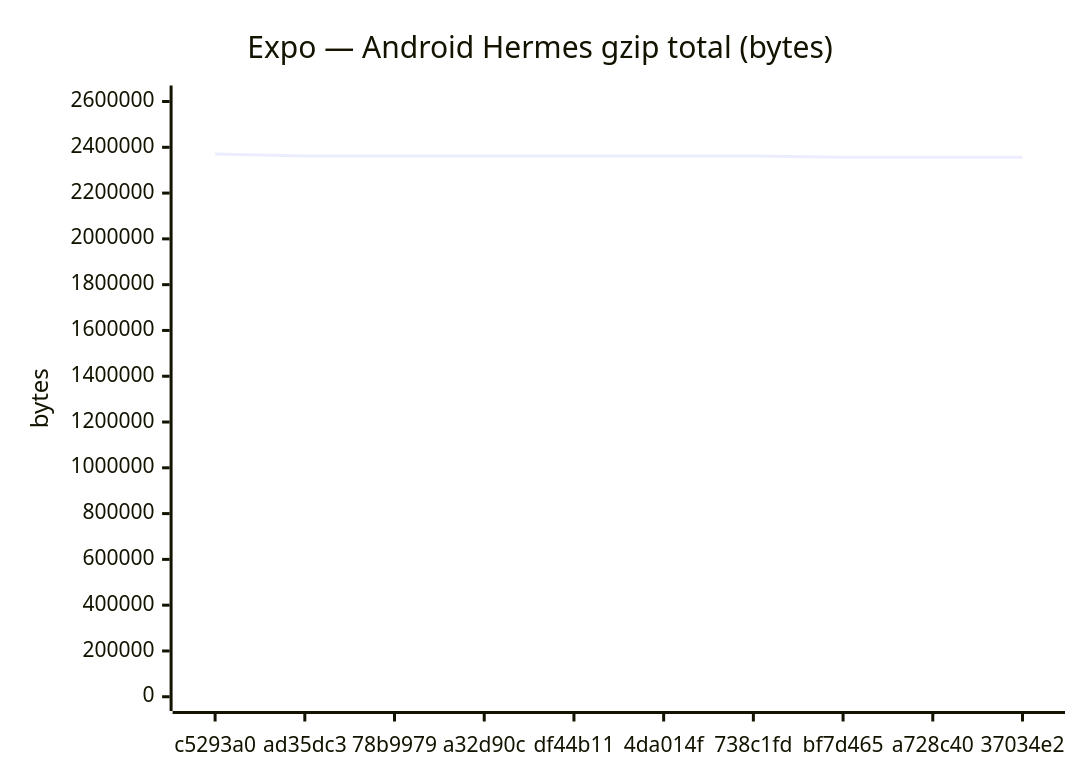
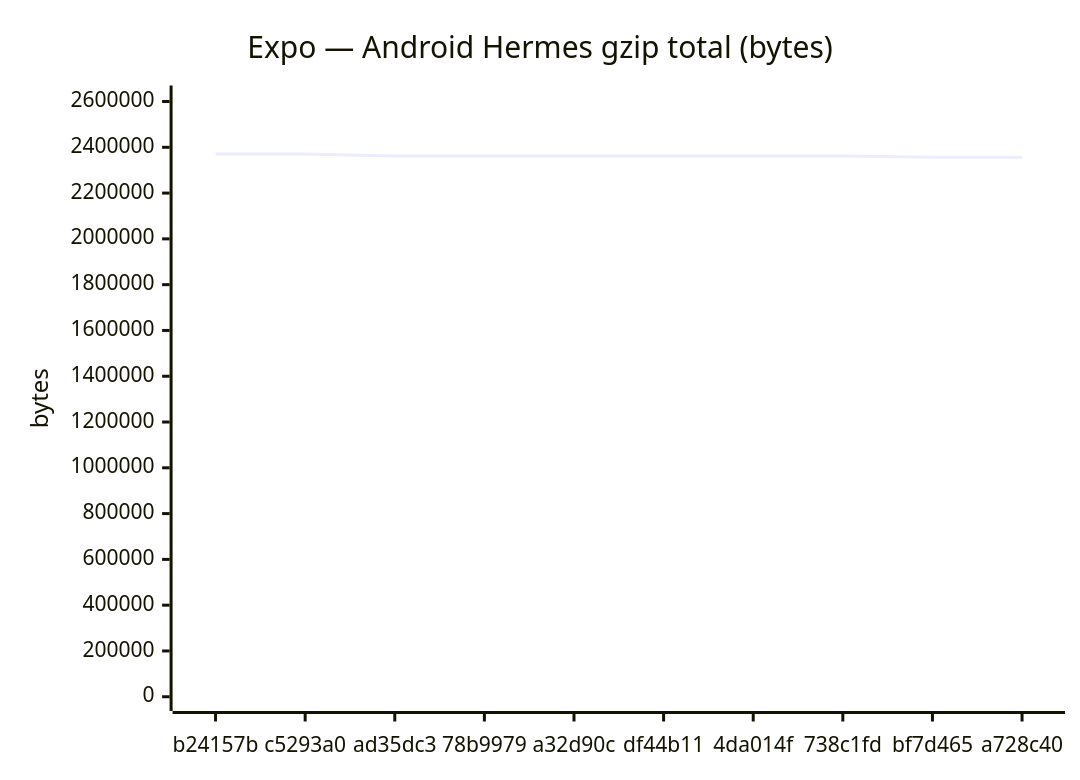
One commit to Metaheurist/Rianell changed the seventh of 24 diagrams in benchmarks/compare.md. Above: the diagram before and after it, drawn with Mermaid. The commit also changed other lines of this file and 14 other files, not shown here.

````diff
--- a/benchmarks/compare.md
+++ b/benchmarks/compare.md
@@ -116,7 +116,7 @@
 ```mermaid
 xychart-beta
     title "Expo — Android Hermes gzip total (bytes)"
-    x-axis ["c5293a0", "ad35dc3", "78b9979", "a32d90c", "df44b11", "4da014f", "738c1fd", "bf7d465", "a728c40", "37034e2"]
+    x-axis ["b24157b", "c5293a0", "ad35dc3", "78b9979", "a32d90c", "df44b11", "4da014f", "738c1fd", "bf7d465", "a728c40"]
     y-axis "bytes" 0 --> 2607698
-    line [2370634, 2362082, 2362084, 2362047, 2362047, 2362048, 2362047, 2356686, 2356685, 2356472]
+    line [2370632, 2370634, 2362082, 2362084, 2362047, 2362047, 2362048, 2362047, 2356686, 2356685]
 ```
````
